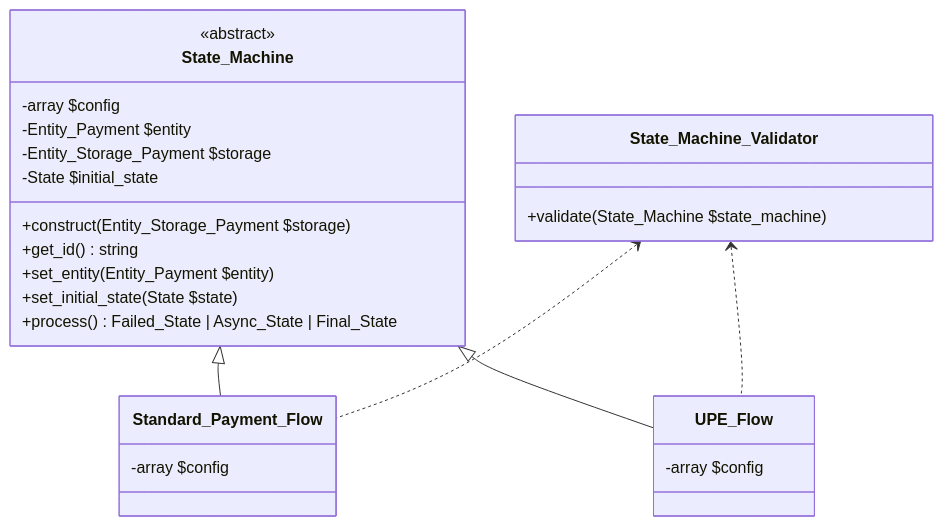
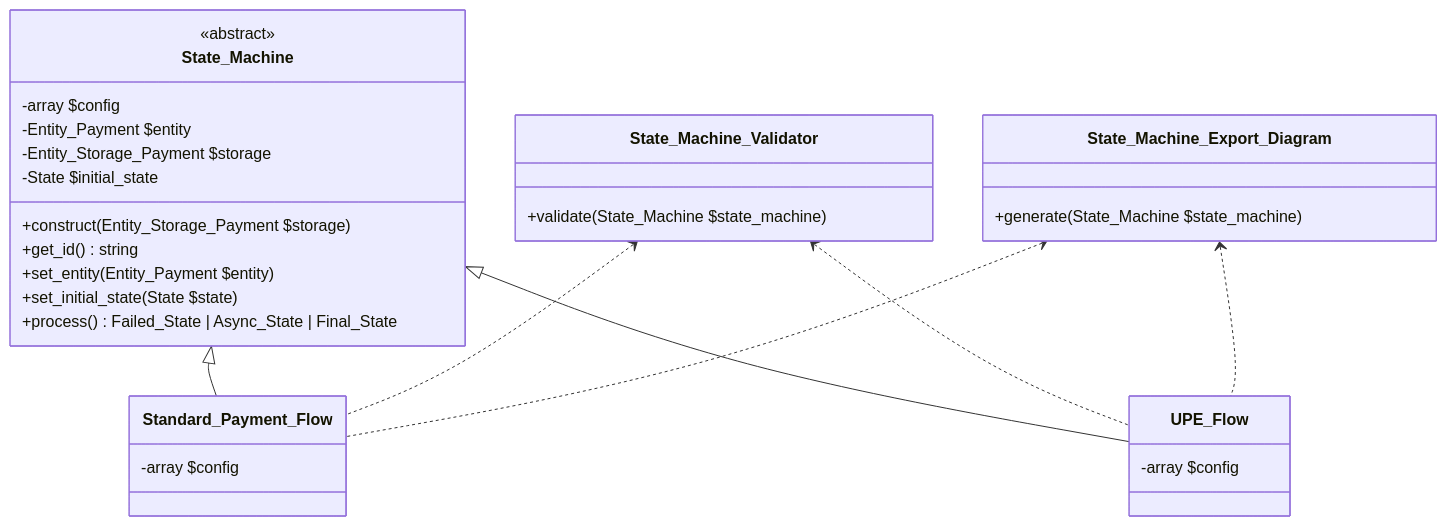
The third of 3 diagrams in docs/state-machine.md (Automattic/woocommerce-payments), drawn with Mermaid before and after one commit. The commit also changed other lines of this file, not shown here.

````diff
--- a/docs/state-machine.md
+++ b/docs/state-machine.md
@@ -92,30 +79,37 @@
 ```mermaid
 classDiagram  
 
   class State_Machine {
     -array $config
     -Entity_Payment $entity
     -Entity_Storage_Payment $storage
     -State $initial_state
     
     +construct( Entity_Storage_Payment $storage )
     +get_id() string
     +set_entity(Entity_Payment $entity)
     +set_initial_state( State $state )
     +process() Failed_State | Async_State | Final_State
   }
   <<abstract>> State_Machine
 
   State_Machine <|-- Standard_Payment_Flow
   State_Machine <|-- UPE_Flow
 
   Standard_Payment_Flow: -array $config
   UPE_Flow: -array $config
 
   State_Machine_Validator <..	Standard_Payment_Flow
   State_Machine_Validator <..	UPE_Flow
 
   class State_Machine_Validator {
     +validate( State_Machine $state_machine )
   }
+  
+  State_Machine_Export_Diagram <..	Standard_Payment_Flow
+  State_Machine_Export_Diagram <..	UPE_Flow
+
+  class State_Machine_Export_Diagram {
+    +generate( State_Machine $state_machine )
+  }
 ```
````
